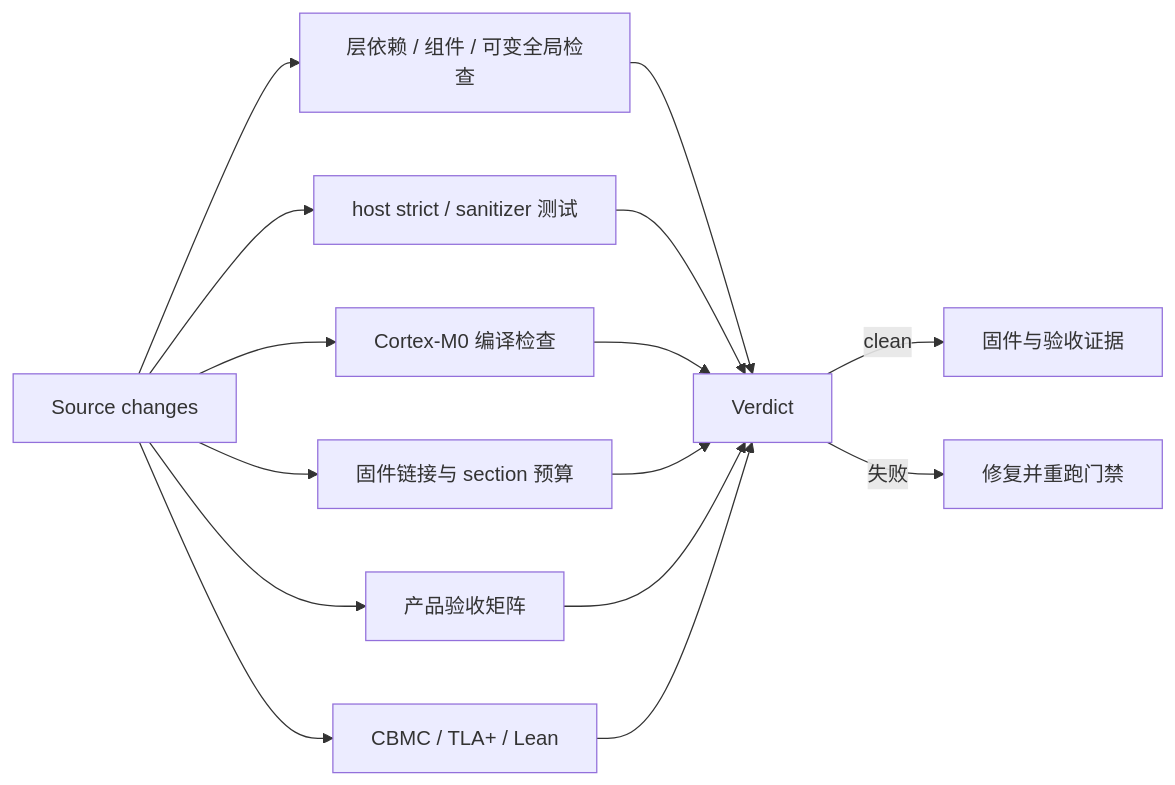
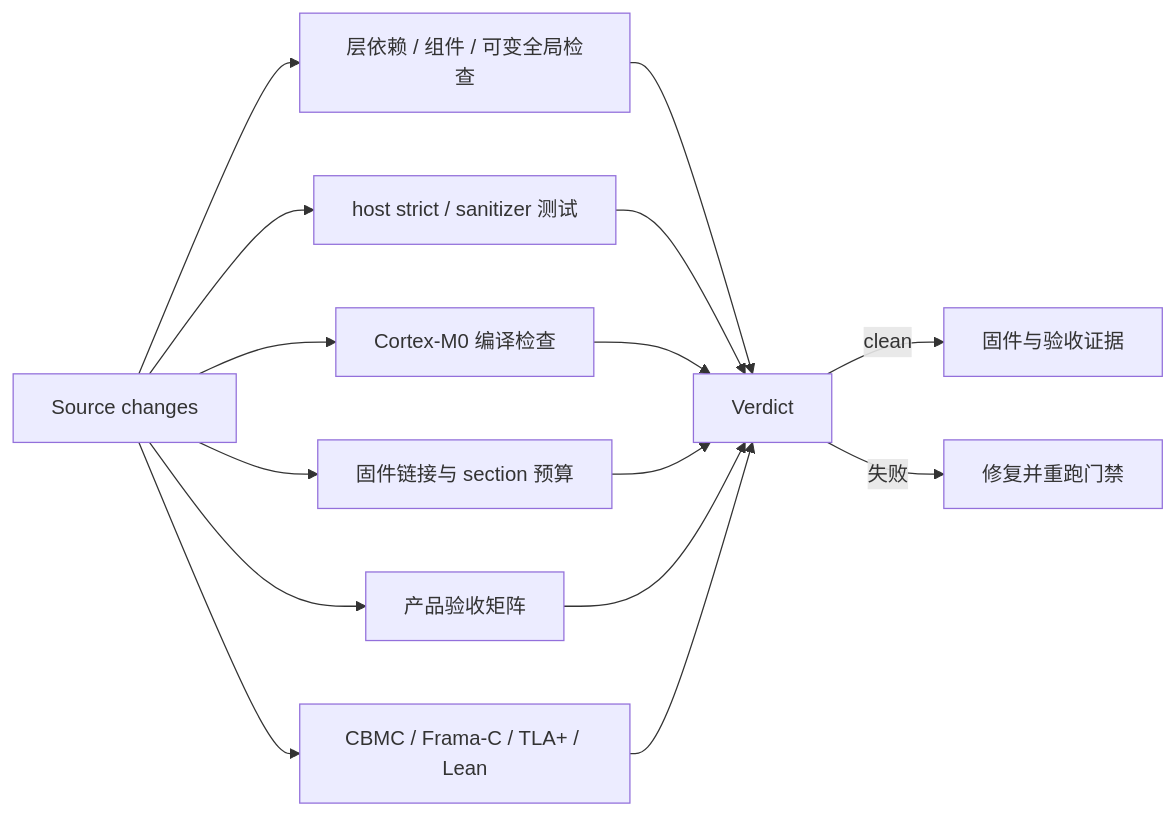
The seventh of 7 diagrams in README.md (cautonwong/modular-001), drawn with Mermaid before and after one commit. The commit also changed other lines of this file and 271 other files, not shown here.

````diff
--- a/README.md
+++ b/README.md
@@ -199,19 +199,19 @@
 ```mermaid
 flowchart LR
     Source["Source changes"] --> Static["层依赖 / 组件 / 可变全局检查"]
     Source --> Host["host strict / sanitizer 测试"]
     Source --> ARM["Cortex-M0 编译检查"]
     Source --> Link["固件链接与 section 预算"]
     Source --> Accept["产品验收矩阵"]
-    Source --> Formal["CBMC / TLA+ / Lean"]
+    Source --> Formal["CBMC / Frama-C / TLA+ / Lean"]
 
     Static --> Verdict["Verdict"]
     Host --> Verdict
     ARM --> Verdict
     Link --> Verdict
     Accept --> Verdict
     Formal --> Verdict
 
     Verdict -->|clean| Artifact["固件与验收证据"]
     Verdict -->|失败| Fix["修复并重跑门禁"]
 ```
````
